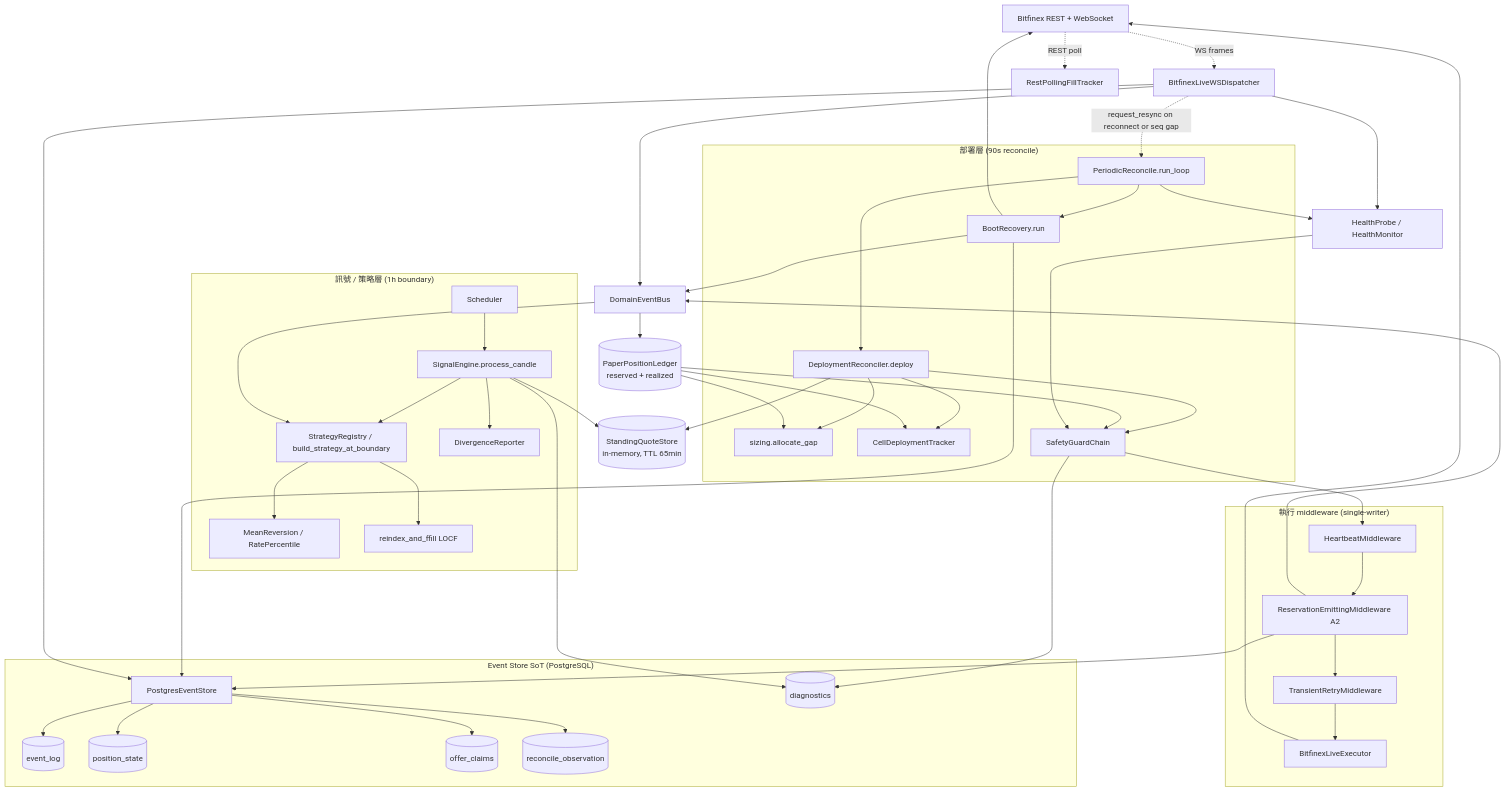
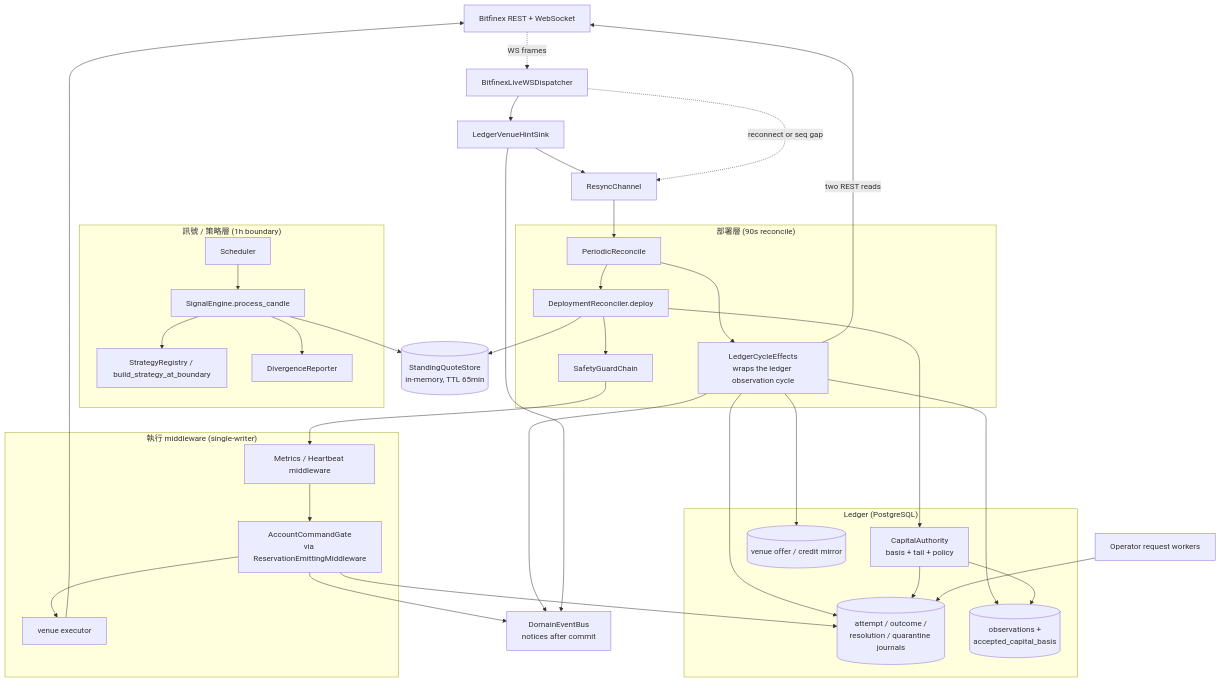
The first of 4 diagrams in backend/ARCHITECTURE.md (Will413028/bfx-funding-bot), drawn with Mermaid before and after one commit. The commit also changed other lines of this file and 3 other files, not shown here.

First line of the commit message:
docs(architecture): describe the ledger authority instead of the retired event store

````diff
--- a/backend/ARCHITECTURE.md
+++ b/backend/ARCHITECTURE.md
@@ -61,83 +60,61 @@
         SCHED[Scheduler]
         SE[SignalEngine.process_candle]
         REG[StrategyRegistry / build_strategy_at_boundary]
-        STRAT["MeanReversion / RatePercentile"]
         DIV[DivergenceReporter]
-        LOCF[reindex_and_ffill LOCF]
     end
 
     SQ[(StandingQuoteStore<br/>in-memory, TTL 65min)]
 
     subgraph deploy["部署層 (90s reconcile)"]
-        PR[PeriodicReconcile.run_loop]
-        BR[BootRecovery.run]
+        PR[PeriodicReconcile]
+        CYC[LedgerCycleEffects<br/>wraps the ledger observation cycle]
         DR[DeploymentReconciler.deploy]
-        SIZE[sizing.allocate_gap]
-        TRK[CellDeploymentTracker]
         SAFE[SafetyGuardChain]
     end
 
     subgraph exec["執行 middleware (single-writer)"]
-        HB[HeartbeatMiddleware]
-        RE[ReservationEmittingMiddleware A2]
-        TR[TransientRetryMiddleware]
-        LX[BitfinexLiveExecutor]
+        MW[Metrics / Heartbeat middleware]
+        GATE[AccountCommandGate<br/>via ReservationEmittingMiddleware]
+        LX[venue executor]
     end
 
-    LED[(PaperPositionLedger<br/>reserved + realized)]
-    BUS[DomainEventBus]
-
-    subgraph sot["Event Store SoT (PostgreSQL)"]
-        STORE[PostgresEventStore]
-        ELOG[(event_log)]
-        PS[(position_state)]
-        OC[(offer_claims)]
-        RO[(reconcile_observation)]
-        DIAG[(diagnostics)]
+    subgraph ledger["Ledger (PostgreSQL)"]
+        CAP[CapitalAuthority<br/>basis + tail + policy]
+        JNL[(attempt / outcome /<br/>resolution / quarantine journals)]
+        OBS[(observations +<br/>accepted_capital_basis)]
+        MIR[(venue offer / credit mirror)]
     end
 
     WS[BitfinexLiveWSDispatcher]
-    FT[RestPollingFillTracker]
-    HP[HealthProbe / HealthMonitor]
+    HINT[LedgerVenueHintSink]
+    RS[ResyncChannel]
+    BUS[DomainEventBus<br/>notices after commit]
+    OPS[Operator request workers]
 
-    SCHED --> SE
-    SE --> REG --> STRAT
+    SCHED --> SE --> REG
     SE --> DIV
-    REG --> LOCF
     SE --> SQ
 
-    PR --> BR --> BFX
+    PR --> CYC
+    CYC -->|two REST reads| BFX
+    CYC --> OBS
+    CYC --> MIR
+    CYC --> JNL
     PR --> DR
     DR --> SQ
-    DR --> SIZE
-    DR --> TRK
+    DR --> CAP
     DR --> SAFE
-    SAFE --> HB --> RE --> TR --> LX --> BFX
+    SAFE --> MW --> GATE --> LX --> BFX
+    GATE --> JNL
+    CAP --> OBS
+    CAP --> JNL
+    OPS --> JNL
 
-    RE --> STORE
-    BR --> STORE
-    STORE --> ELOG
-    STORE --> PS
-    STORE --> OC
-    STORE --> RO
-    SAFE --> DIAG
-    SE --> DIAG
-
-    RE --> BUS
-    BR --> BUS
-    WS --> BUS
-    BUS --> LED
-    BUS --> REG
-    LED --> SIZE
-    LED --> TRK
-    LED --> SAFE
-
-    BFX -.WS frames.-> WS
-    BFX -.REST poll.-> FT
-    WS --> STORE
-    WS -.request_resync on reconnect or seq gap.-> PR
-
-    HP --> SAFE
-    PR --> HP
-    WS --> HP
+    BFX -.WS frames.-> WS --> HINT
+    HINT --> RS
+    WS -.reconnect or seq gap.-> RS
+    RS --> PR
+    GATE --> BUS
+    CYC --> BUS
+    HINT --> BUS
 ```
````
